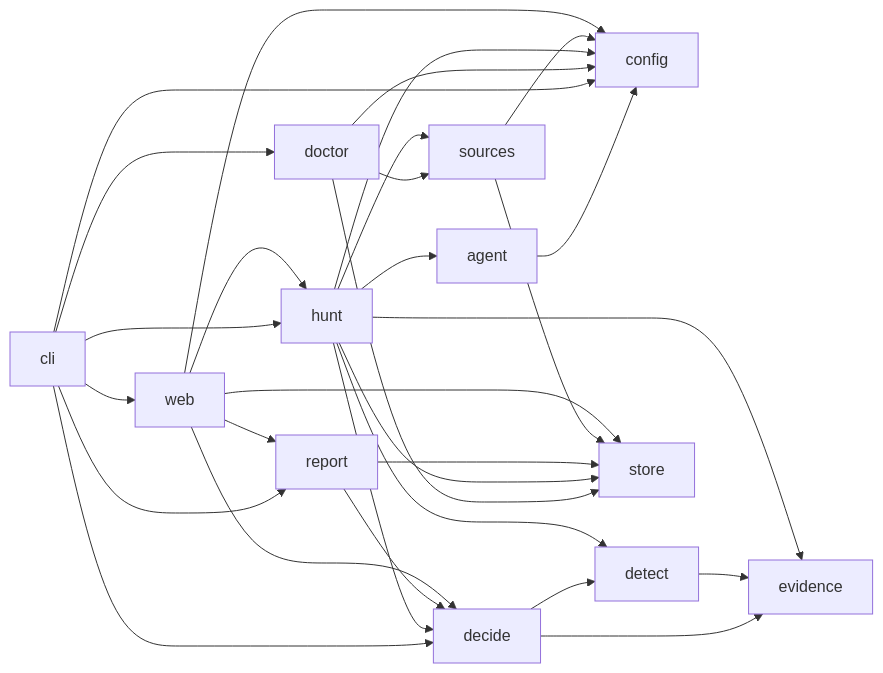
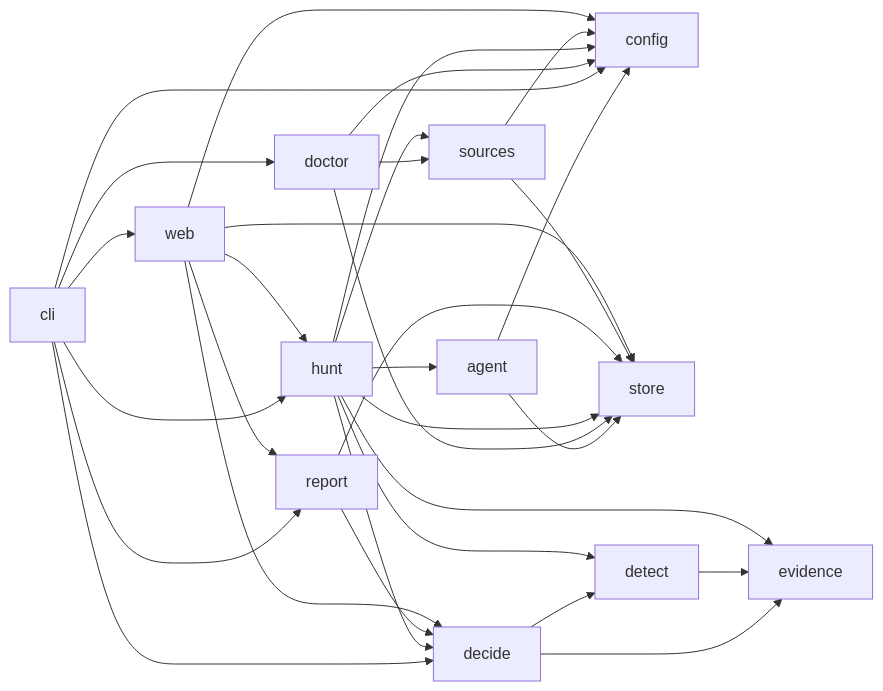
Before and after one commit to nickthabib-cloud/ROMULUS: the diagram in docs/architecture/MODULE_MAP.md, drawn with Mermaid. The commit also changed other lines of this file and 18 other files, not shown here.

````diff
--- a/docs/architecture/MODULE_MAP.md
+++ b/docs/architecture/MODULE_MAP.md
@@ -52,32 +61,33 @@
 ```mermaid
 graph LR
   agent --> config
+  agent --> store
   cli --> config
   cli --> decide
   cli --> doctor
   cli --> hunt
   cli --> report
   cli --> web
   decide --> detect
   decide --> evidence
   detect --> evidence
   doctor --> config
   doctor --> sources
   doctor --> store
   hunt --> agent
   hunt --> config
   hunt --> decide
   hunt --> detect
   hunt --> evidence
   hunt --> sources
   hunt --> store
   report --> decide
   report --> store
   sources --> config
   sources --> store
   web --> config
   web --> decide
   web --> hunt
   web --> report
   web --> store
 ```
````
